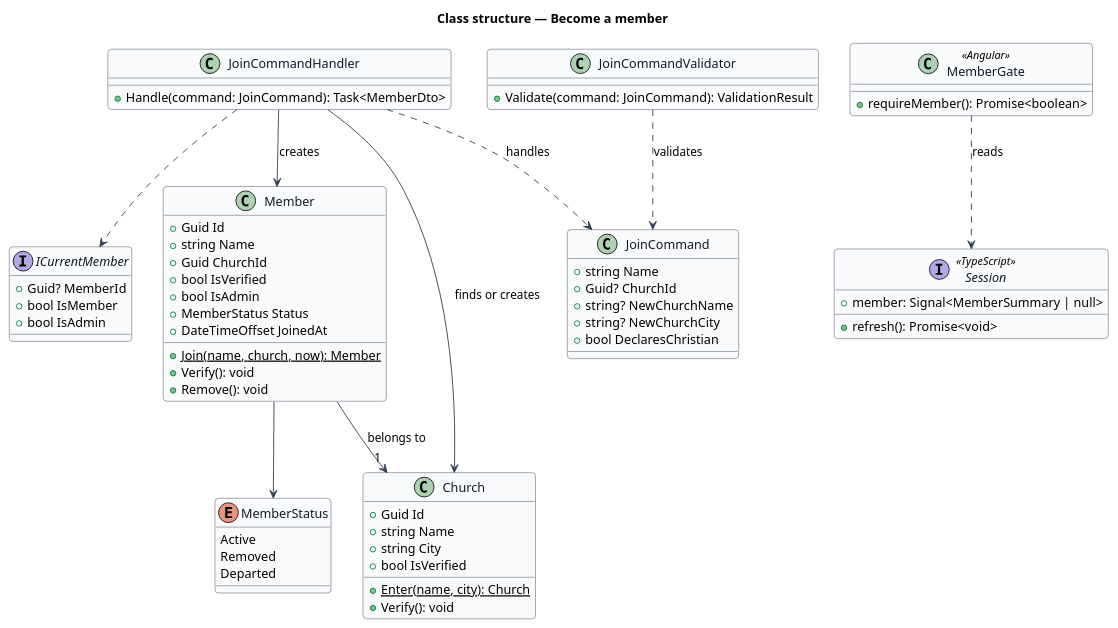
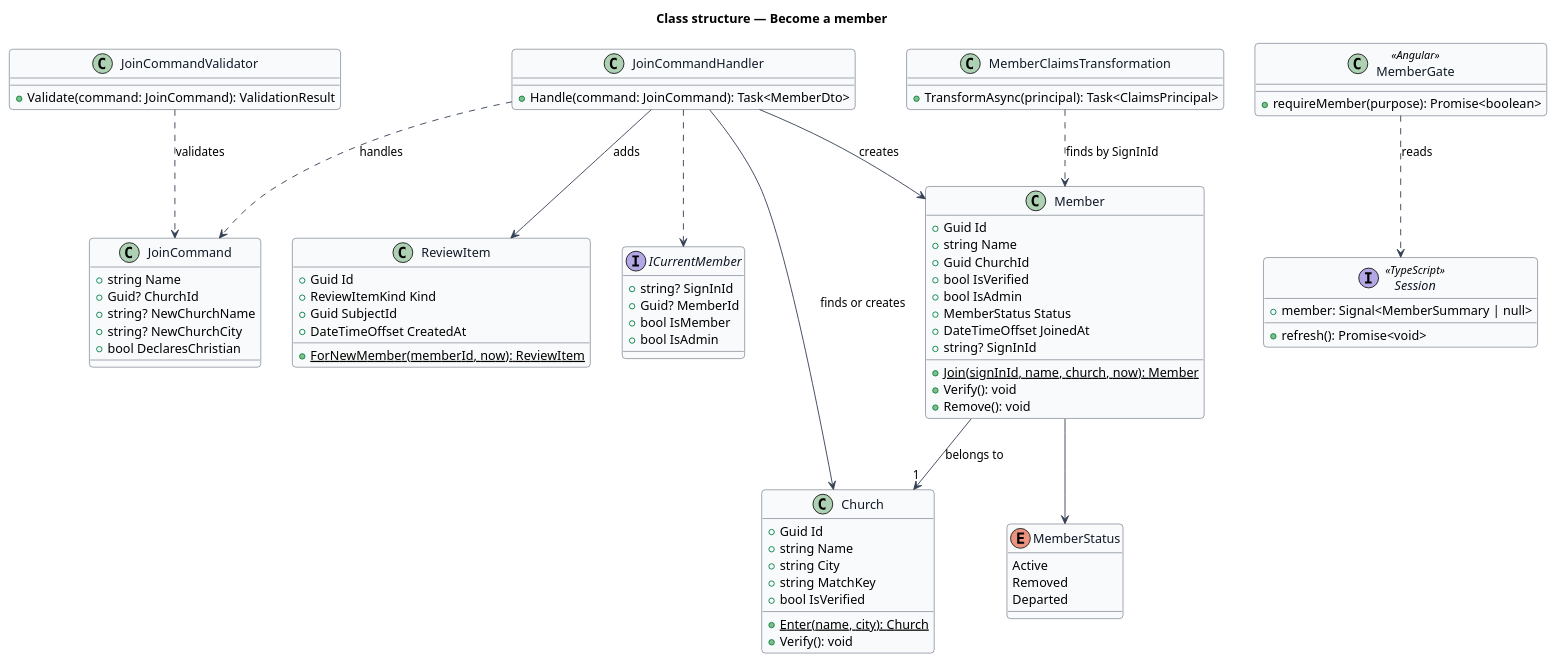
The diagram in docs/detailed-designs/members/become-member/diagrams/class-structure.puml (QuinntyneBrown/christian-rent), drawn with PlantUML before and after one commit. The commit also changed 19 other files, not shown here.

```diff
--- a/docs/detailed-designs/members/become-member/diagrams/class-structure.puml
+++ b/docs/detailed-designs/members/become-member/diagrams/class-structure.puml
@@ -1,74 +1,89 @@
 @startuml
 ' --- shared skin header ---
 skinparam backgroundColor #FFFFFF
 skinparam shadowing false
 skinparam roundcorner 8
 skinparam defaultFontName Arial
 skinparam ArrowColor #344054
 skinparam class {
   BorderColor #344054
   FontColor #101828
   BackgroundColor #F9FAFB
 }
 ' --------------------------
 title Class structure — Become a member
 
 class Member {
   +Guid Id
   +string Name
   +Guid ChurchId
   +bool IsVerified
   +bool IsAdmin
   +MemberStatus Status
   +DateTimeOffset JoinedAt
-  +{static} Join(name, church, now): Member
+  +string? SignInId
+  +{static} Join(signInId, name, church, now): Member
   +Verify(): void
   +Remove(): void
 }
 enum MemberStatus {
   Active
   Removed
   Departed
 }
 class Church {
   +Guid Id
   +string Name
   +string City
+  +string MatchKey
   +bool IsVerified
   +{static} Enter(name, city): Church
   +Verify(): void
 }
 class JoinCommand {
   +string Name
   +Guid? ChurchId
   +string? NewChurchName
   +string? NewChurchCity
   +bool DeclaresChristian
 }
 class JoinCommandValidator {
   +Validate(command: JoinCommand): ValidationResult
 }
 class JoinCommandHandler {
   +Handle(command: JoinCommand): Task<MemberDto>
 }
+class ReviewItem {
+  +Guid Id
+  +ReviewItemKind Kind
+  +Guid SubjectId
+  +DateTimeOffset CreatedAt
+  +{static} ForNewMember(memberId, now): ReviewItem
+}
+class MemberClaimsTransformation {
+  +TransformAsync(principal): Task<ClaimsPrincipal>
+}
 interface ICurrentMember {
+  +string? SignInId
   +Guid? MemberId
   +bool IsMember
   +bool IsAdmin
 }
 class MemberGate <<Angular>> {
-  +requireMember(): Promise<boolean>
+  +requireMember(purpose): Promise<boolean>
 }
 interface Session <<TypeScript>> {
   +member: Signal<MemberSummary | null>
   +refresh(): Promise<void>
 }
 Member --> "1" Church : belongs to
 Member --> MemberStatus
 JoinCommandHandler ..> JoinCommand : handles
 JoinCommandValidator ..> JoinCommand : validates
 JoinCommandHandler --> Member : creates
 JoinCommandHandler --> Church : finds or creates
+JoinCommandHandler --> ReviewItem : adds
 JoinCommandHandler ..> ICurrentMember
+MemberClaimsTransformation ..> Member : finds by SignInId
 MemberGate ..> Session : reads
 @enduml
```
